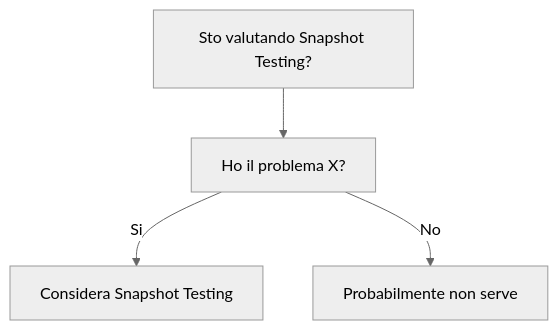
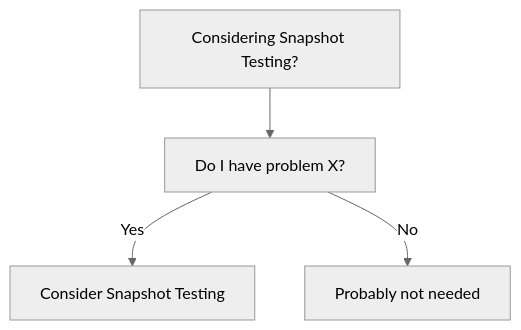
One commit to HxT9/Software-Dev-Wiki changed the diagram in dev-wiki/09_Testing/Snapshot_Testing/When_To_Use.md. Above: the diagram before and after it, drawn with Mermaid (neutral theme). The commit also changed other lines of this file and 3444 other files, not shown here.

````diff
--- a/dev-wiki/09_Testing/Snapshot_Testing/When_To_Use.md
+++ b/dev-wiki/09_Testing/Snapshot_Testing/When_To_Use.md
@@ -19,6 +19,6 @@
 ```mermaid
 flowchart TD
-  Q[Sto valutando Snapshot Testing?] --> Q1[Ho il problema X?]
-  Q1 -->|Si| OK[Considera Snapshot Testing]
-  Q1 -->|No| NO[Probabilmente non serve]
+  Q[Considering Snapshot Testing?] --> Q1[Do I have problem X?]
+  Q1 -->|Yes| OK[Consider Snapshot Testing]
+  Q1 -->|No| NO[Probably not needed]
 ```
````
